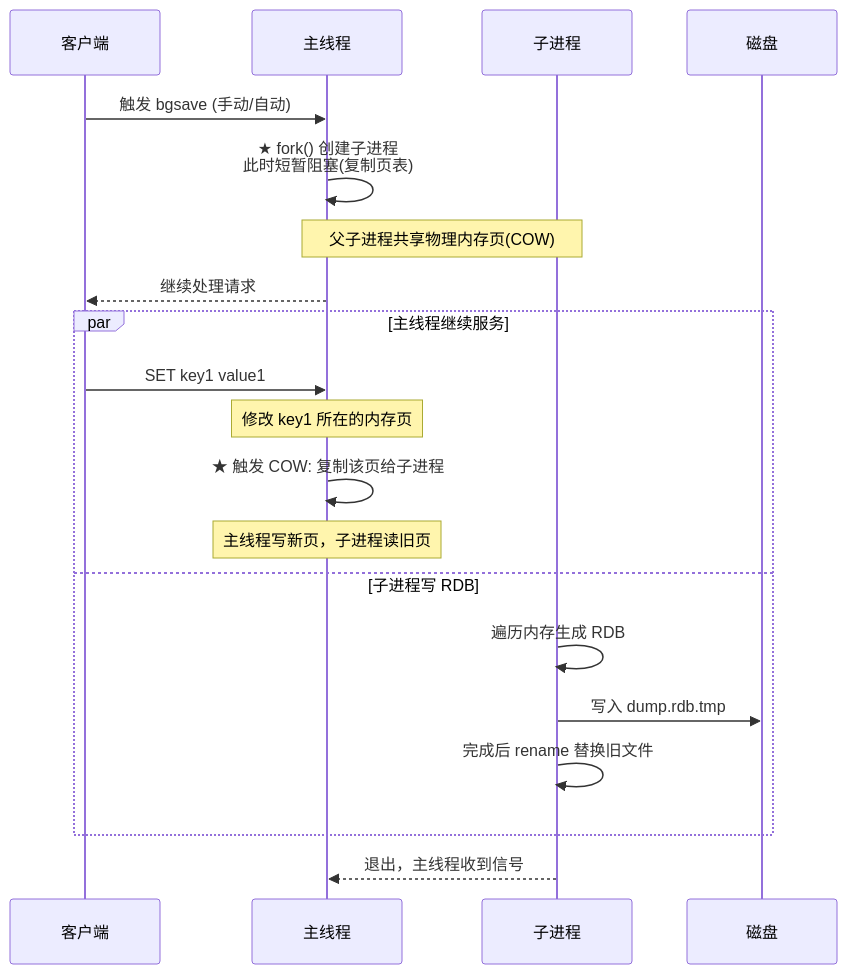
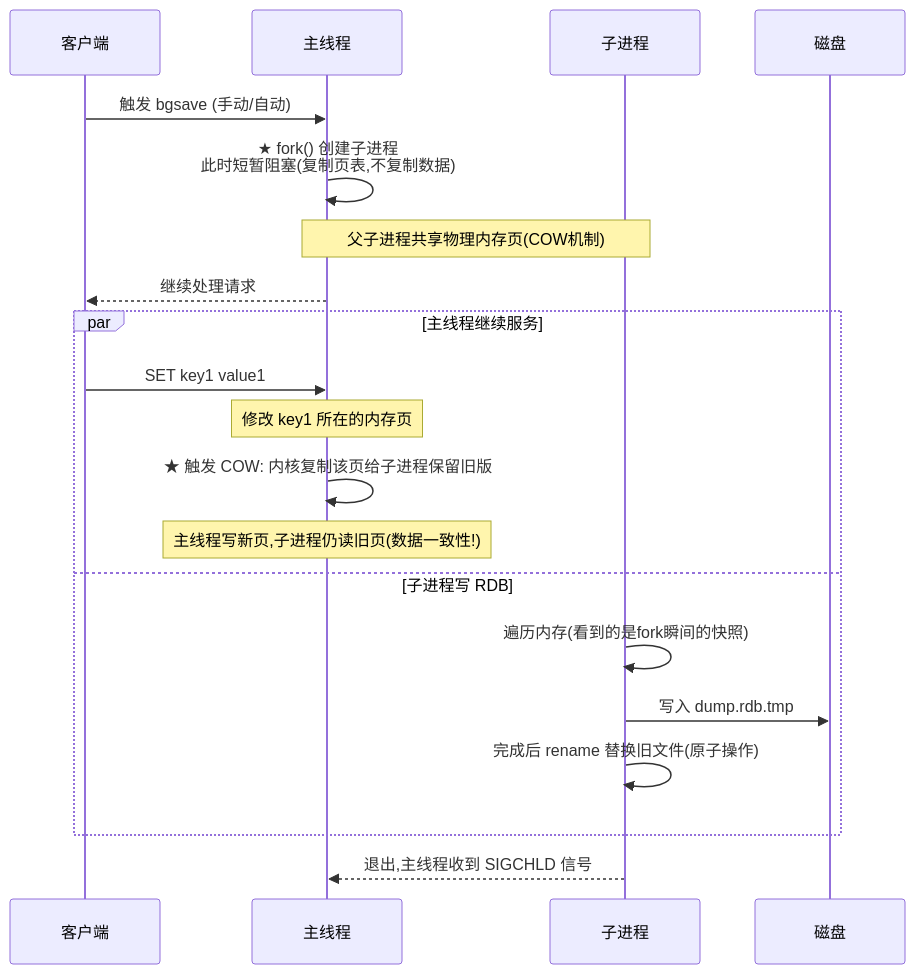
The eighth of 31 diagrams in document/strengthen/分布式技术面试总结_增强版.md (qigao0787-ops/gq-test), drawn with Mermaid before and after one commit. The commit also changed other lines of this file, not shown here.

````diff
--- a/document/strengthen/分布式技术面试总结_增强版.md
+++ b/document/strengthen/分布式技术面试总结_增强版.md
@@ -530,24 +716,24 @@
 ```mermaid
 sequenceDiagram
     participant C as 客户端
     participant M as 主线程
     participant CH as 子进程
     participant D as 磁盘
 
     C->>M: 触发 bgsave (手动/自动)
-    M->>M: ★ fork() 创建子进程<br/>此时短暂阻塞(复制页表)
-    Note over M,CH: 父子进程共享物理内存页(COW)
+    M->>M: ★ fork() 创建子进程<br/>此时短暂阻塞(复制页表,不复制数据)
+    Note over M,CH: 父子进程共享物理内存页(COW机制)
     M-->>C: 继续处理请求
     
     par 主线程继续服务
         C->>M: SET key1 value1
         Note over M: 修改 key1 所在的内存页
-        M->>M: ★ 触发 COW: 复制该页给子进程
-        Note over M: 主线程写新页，子进程读旧页
+        M->>M: ★ 触发 COW: 内核复制该页给子进程保留旧版
+        Note over M: 主线程写新页,子进程仍读旧页(数据一致性!)
     and 子进程写 RDB
-        CH->>CH: 遍历内存生成 RDB
+        CH->>CH: 遍历内存(看到的是fork瞬间的快照)
         CH->>D: 写入 dump.rdb.tmp
-        CH->>CH: 完成后 rename 替换旧文件
+        CH->>CH: 完成后 rename 替换旧文件(原子操作)
     end
-    CH-->>M: 退出，主线程收到信号
+    CH-->>M: 退出,主线程收到 SIGCHLD 信号
 ```
````
